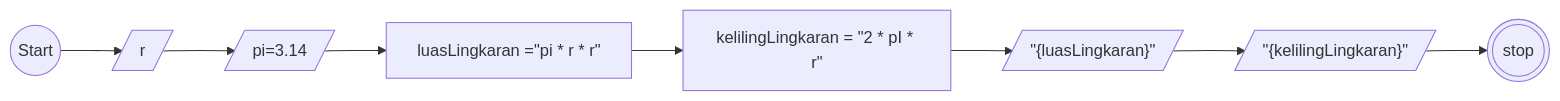
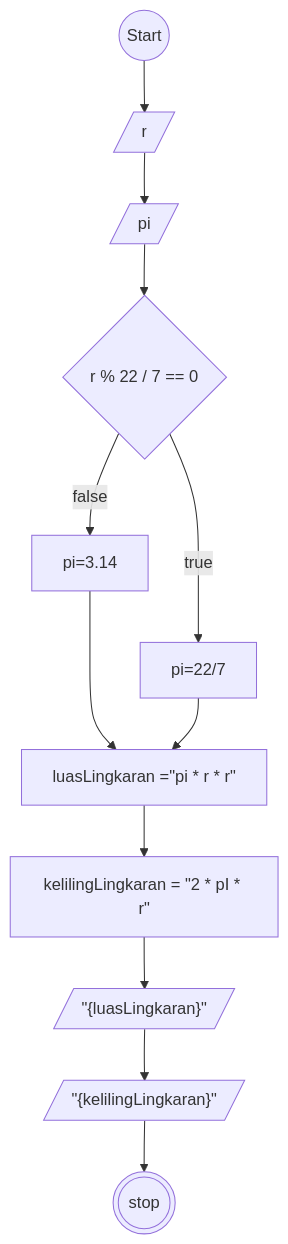
The diagram in README.MD (MuhammadWahyuPratama/Koda-b8-javascript1), drawn with Mermaid before and after one commit. The commit also changed 1 other file, not shown here.

````diff
--- a/README.MD
+++ b/README.MD
@@ -7,16 +7,23 @@
 ```mermaid
-flowchart LR
+flowchart TD
 a@{shape: circle, label: "Start"}
 b@{shape: lean-r, label: "r" }
-c@{shape: lean-r, label: "pi=3.14"}
+c@{shape: lean-r, label: "pi"}
 d@{shape: rect, label: luasLingkaran ="pi * r * r"}
+z@{shape: diamond, label : "r % 22 / 7 == 0"}
+y@{shape: rect, label: "pi=22/7" }
+x@{shape: rect, label: "pi=3.14"}
 e@{shape: rect, label: kelilingLingkaran = "2 * pI * r"}
 f@{shape: lean-r, label: '"{luasLingkaran}"'}
 g@{shape: lean-r, label: '"{kelilingLingkaran}"'}
 h@{shape: dbl-circ, label: "stop"}
 
-a-->b-->c-->d-->e-->f-->g-->h
-
-
-
+a-->b-->c-->z--true-->y
+z--false-->x
+x-->d
+y-->d
+d-->e
+e-->f
+f-->g
+g-->h
 ```
````
